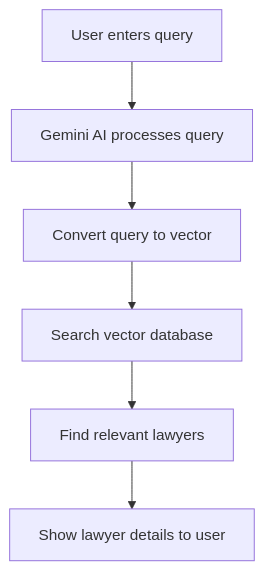
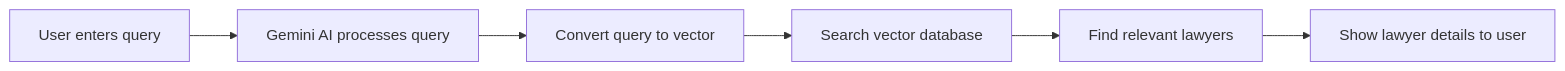
Before and after one commit to rxhulshxrmx/find_lawyer: the diagram in README.md, drawn with Mermaid.

````diff
--- a/README.md
+++ b/README.md
@@ -15,8 +15,8 @@
 ```mermaid
-flowchart TD
+flowchart LR
     A[User enters query] --> B[Gemini AI processes query]
     B --> C[Convert query to vector]
     C --> D[Search vector database]
     D --> E[Find relevant lawyers]
     E --> F[Show lawyer details to user]
 ```
````
